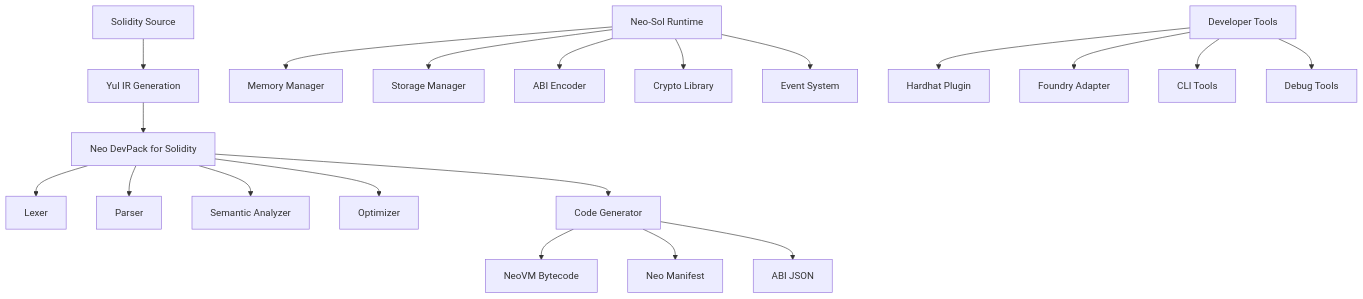
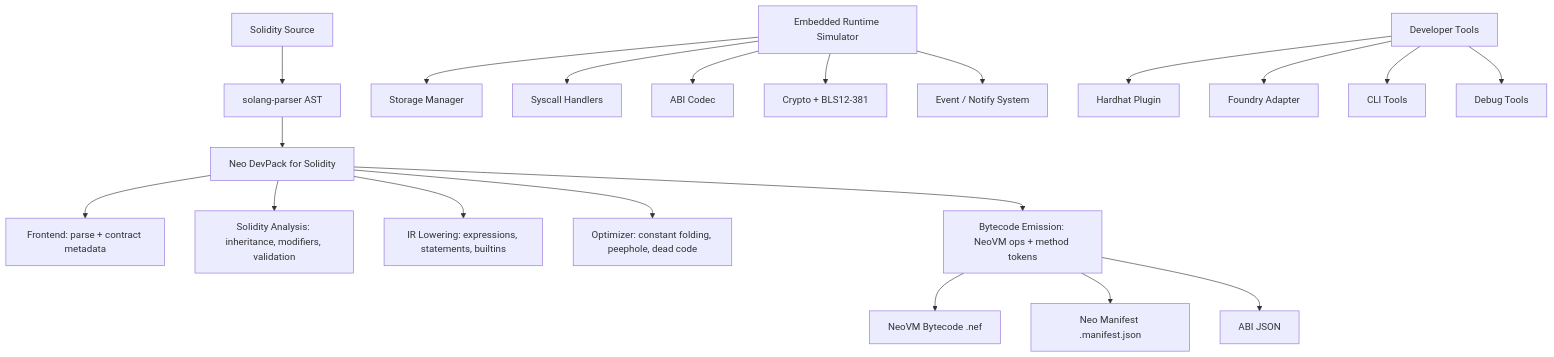
The diagram in README.md (r3e-network/neo-solidity), drawn with Mermaid before and after one commit. The commit also changed other lines of this file and 3 other files, not shown here.

First line of the commit message:
fix: remove 4 dead deps, fix README architecture diagram, add lean-build CI

````diff
--- a/README.md
+++ b/README.md
@@ -276,24 +276,24 @@
 ```mermaid
 graph TB
-    A[Solidity Source] --> B[Yul IR Generation]
+    A[Solidity Source] --> B[solang-parser AST]
     B --> C[Neo DevPack for Solidity]
-    C --> D[Lexer]
-    C --> E[Parser]
-    C --> F[Semantic Analyzer]
-    C --> G[Optimizer]
-    C --> H[Code Generator]
-    H --> I[NeoVM Bytecode]
-    H --> J[Neo Manifest]
+    C --> D[Frontend: parse + contract metadata]
+    C --> E[Solidity Analysis: inheritance, modifiers, validation]
+    C --> F[IR Lowering: expressions, statements, builtins]
+    C --> G[Optimizer: constant folding, peephole, dead code]
+    C --> H[Bytecode Emission: NeoVM ops + method tokens]
+    H --> I[NeoVM Bytecode .nef]
+    H --> J[Neo Manifest .manifest.json]
     H --> K[ABI JSON]
 
-    L[Neo-Sol Runtime] --> M[Memory Manager]
-    L --> N[Storage Manager]
-    L --> O[ABI Encoder]
-    L --> P[Crypto Library]
-    L --> Q[Event System]
+    L[Embedded Runtime Simulator] --> M[Storage Manager]
+    L --> N[Syscall Handlers]
+    L --> O[ABI Codec]
+    L --> P[Crypto + BLS12-381]
+    L --> Q[Event / Notify System]
 
     R[Developer Tools] --> S[Hardhat Plugin]
     R --> T[Foundry Adapter]
     R --> U[CLI Tools]
     R --> V[Debug Tools]
 ```
````
